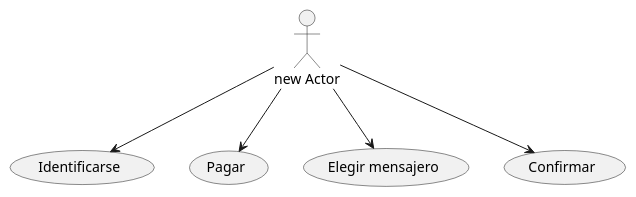
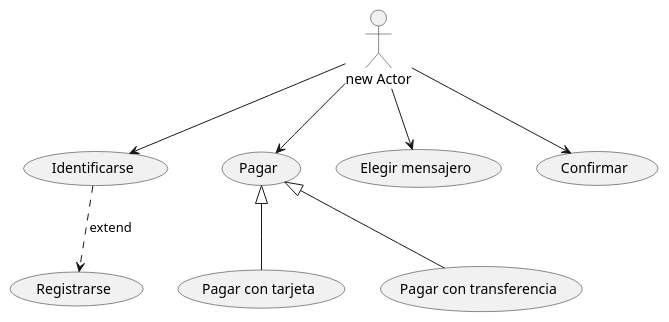
Before and after one commit to DaniJorCa/ClasesDeUso: the diagram in CasosDeUso.puml, drawn with PlantUML. The commit also changed 1 other file, not shown here.

```diff
--- a/CasosDeUso.puml
+++ b/CasosDeUso.puml
@@ -1,14 +1,19 @@
 @startuml
 
 :new Actor: as a1
 
 a1 --> (Identificarse)
 a1 --> (Pagar)
 a1 --> (Elegir mensajero)
 a1 --> (Confirmar)
 
+(Identificarse) ..> (Registrarse) : extend
 
+(Pagar con tarjeta) as pag1
+(Pagar con transferencia) as transf
 
+(Pagar) <|-- pag1
+(Pagar) <|-- transf
 
 
 @enduml
```
